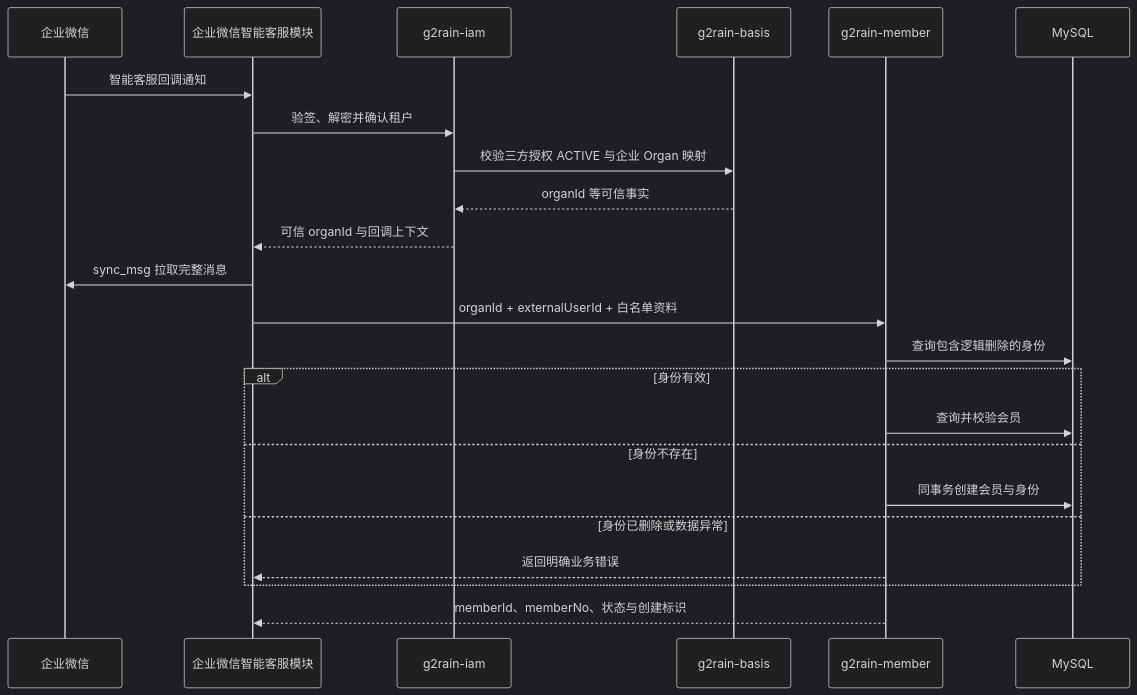
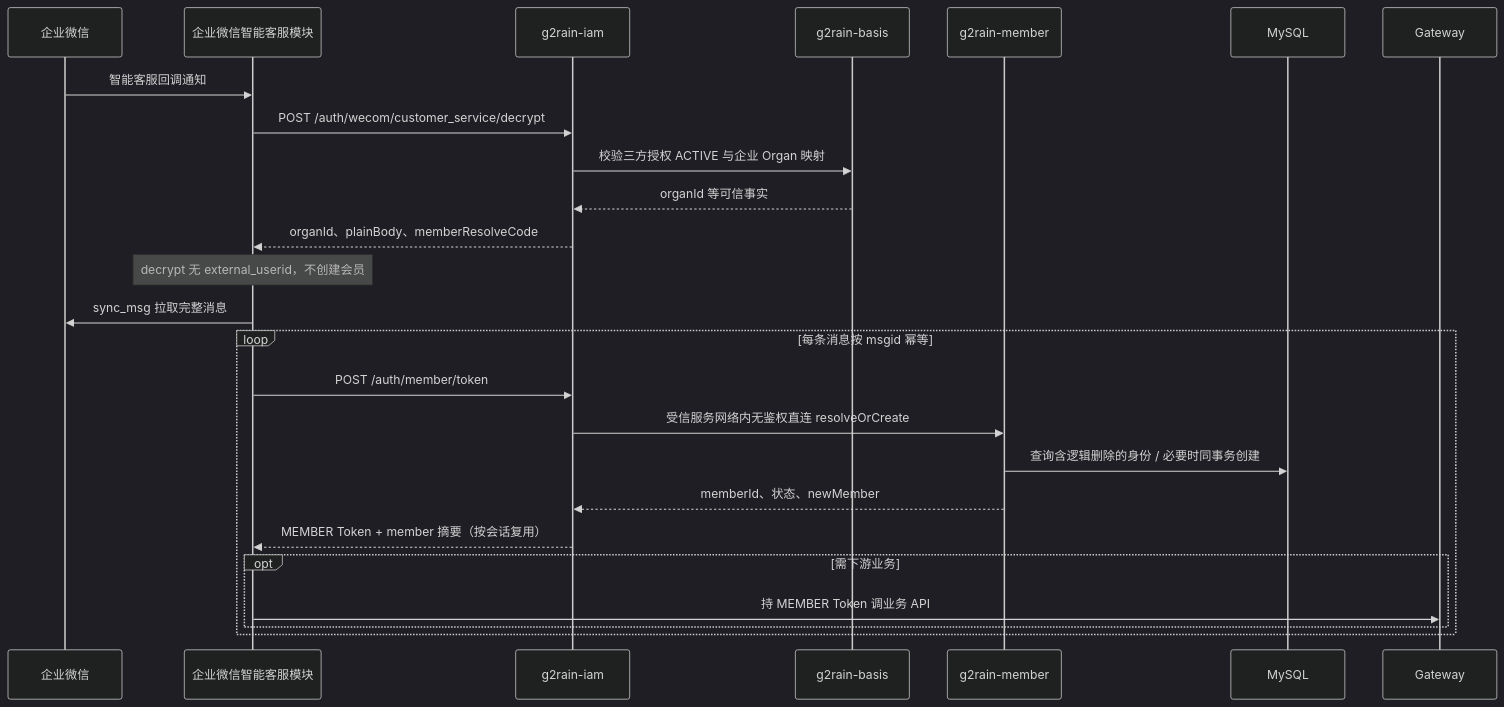
One commit to g2rain/g2rain-member changed the third of 4 diagrams in docs/architecture/runtime-flows.md. Above: the diagram before and after it, drawn with Mermaid (dark theme). The commit also changed other lines of this file and 19 other files, not shown here.

````diff
--- a/docs/architecture/runtime-flows.md
+++ b/docs/architecture/runtime-flows.md
@@ -41,26 +41,27 @@
 ```mermaid
 sequenceDiagram
   participant WeCom as 企业微信
   participant Connector as 企业微信智能客服模块
   participant IAM as g2rain-iam
   participant Basis as g2rain-basis
   participant Member as g2rain-member
   participant DB as MySQL
 
   WeCom->>Connector: 智能客服回调通知
-  Connector->>IAM: 验签、解密并确认租户
+  Connector->>IAM: POST /auth/wecom/customer_service/decrypt
   IAM->>Basis: 校验三方授权 ACTIVE 与企业 Organ 映射
   Basis-->>IAM: organId 等可信事实
-  IAM-->>Connector: 可信 organId 与回调上下文
+  IAM-->>Connector: organId、plainBody、memberResolveCode
+  Note over Connector: decrypt 无 external_userid，不创建会员
   Connector->>WeCom: sync_msg 拉取完整消息
-  Connector->>Member: organId + externalUserId + 白名单资料
-  Member->>DB: 查询包含逻辑删除的身份
-  alt 身份有效
-    Member->>DB: 查询并校验会员
-  else 身份不存在
-    Member->>DB: 同事务创建会员与身份
-  else 身份已删除或数据异常
-    Member-->>Connector: 返回明确业务错误
+  loop 每条消息按 msgid 幂等
+    Connector->>IAM: POST /auth/member/token
+    IAM->>Member: 受信服务网络内无鉴权直连 resolveOrCreate
+    Member->>DB: 查询含逻辑删除的身份 / 必要时同事务创建
+    Member-->>IAM: memberId、状态、newMember
+    IAM-->>Connector: MEMBER Token + member 摘要（按会话复用）
+    opt 需下游业务
+      Connector->>Gateway: 持 MEMBER Token 调业务 API
+    end
   end
-  Member-->>Connector: memberId、memberNo、状态与创建标识
 ```
````
